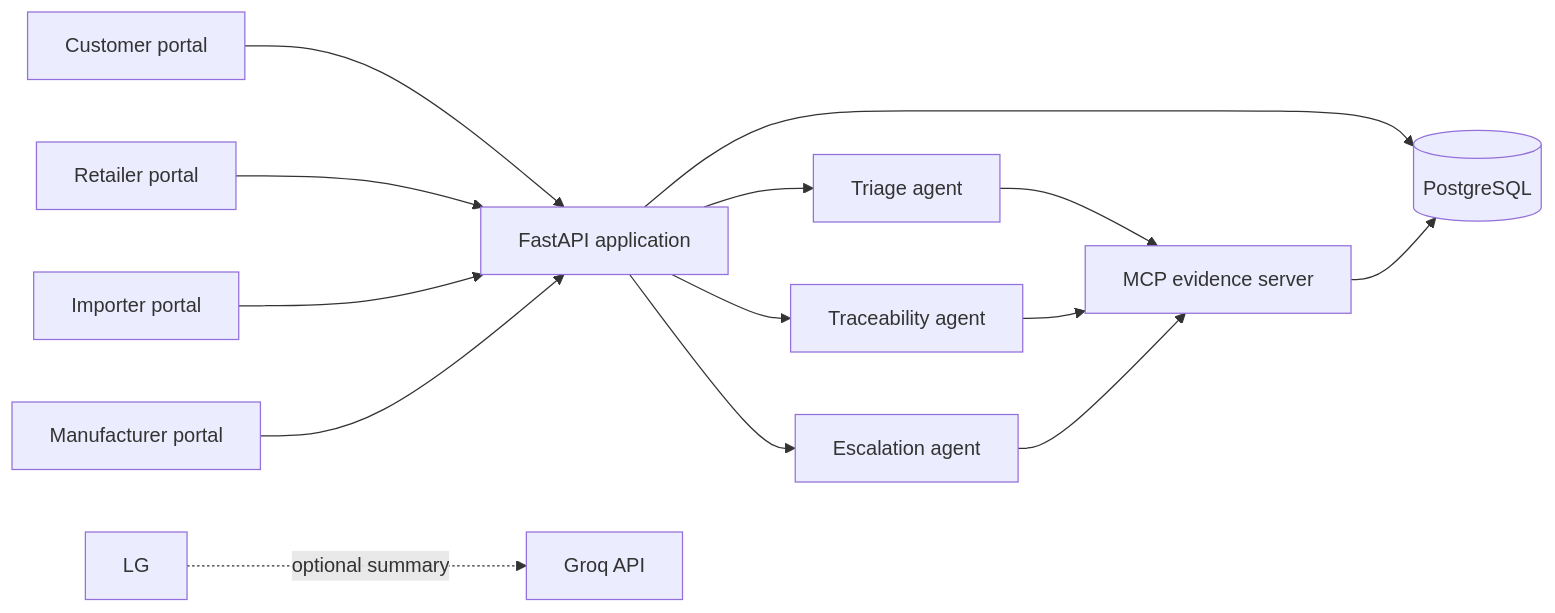
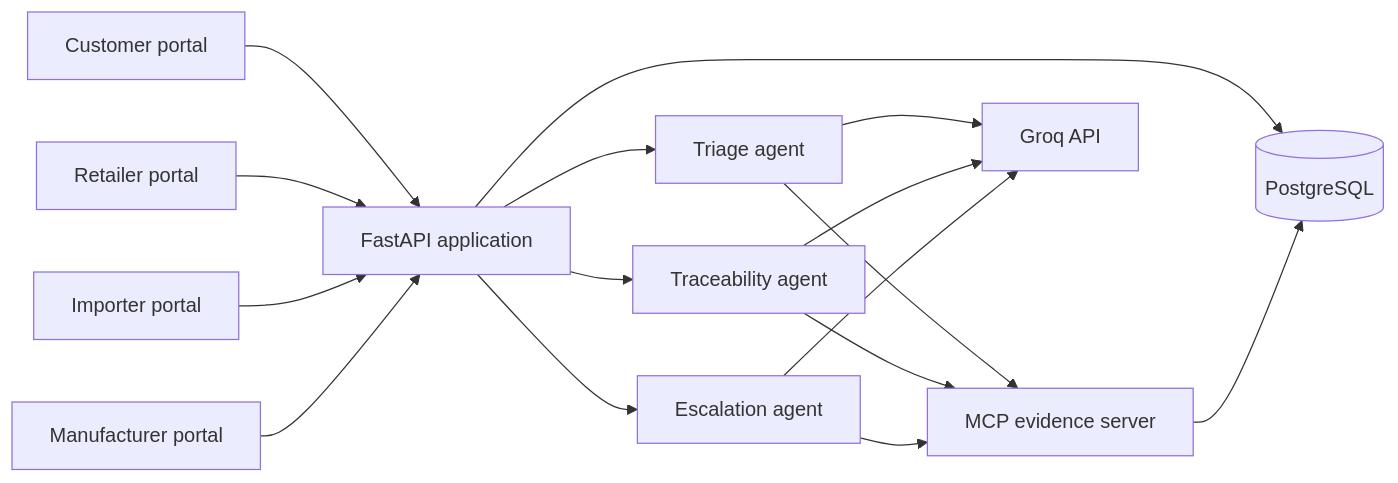
Before and after one commit to Abubakar123421/agentica: the first of 2 diagrams in batchbridge/ARCHITECTURE.md, drawn with Mermaid. The commit also changed other lines of this file and 38 other files, not shown here.

````diff
--- a/batchbridge/ARCHITECTURE.md
+++ b/batchbridge/ARCHITECTURE.md
@@ -5,16 +5,18 @@
 ```mermaid
 flowchart LR
     C[Customer portal] --> API[FastAPI application]
     R[Retailer portal] --> API
     I[Importer portal] --> API
     M[Manufacturer portal] --> API
     API --> DB[(PostgreSQL)]
     API --> T[Triage agent]
     API --> TR[Traceability agent]
     API --> E[Escalation agent]
     T --> MCP[MCP evidence server]
     TR --> MCP
     E --> MCP
     MCP --> DB
-    LG -. optional summary .-> G[Groq API]
+    T --> G[Groq API]
+    TR --> G
+    E --> G
 ```
````
